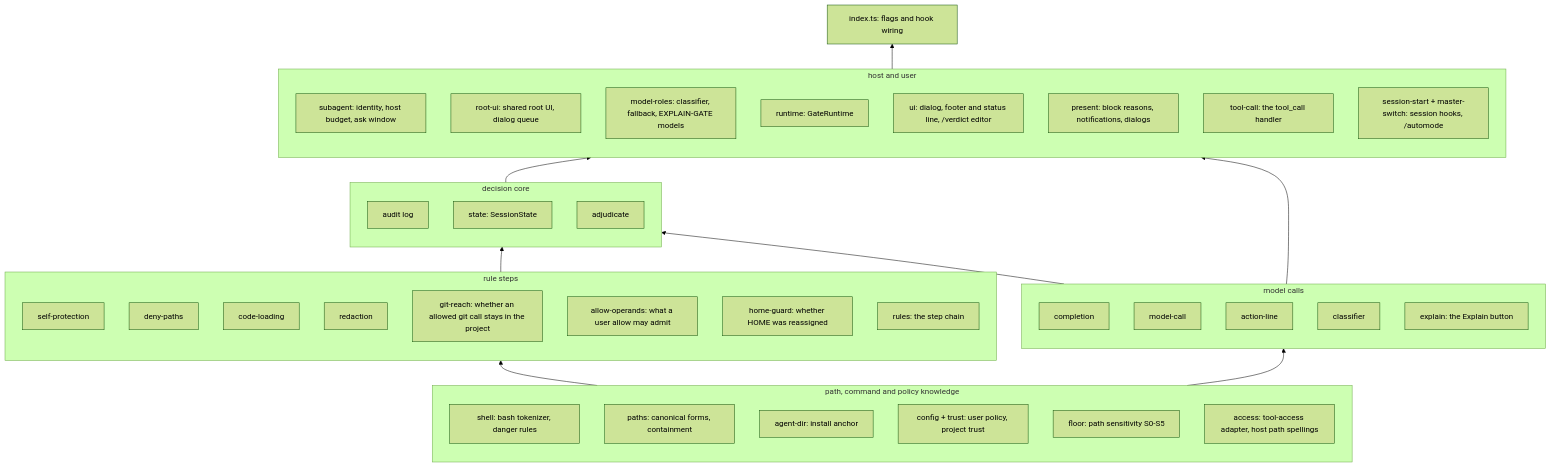
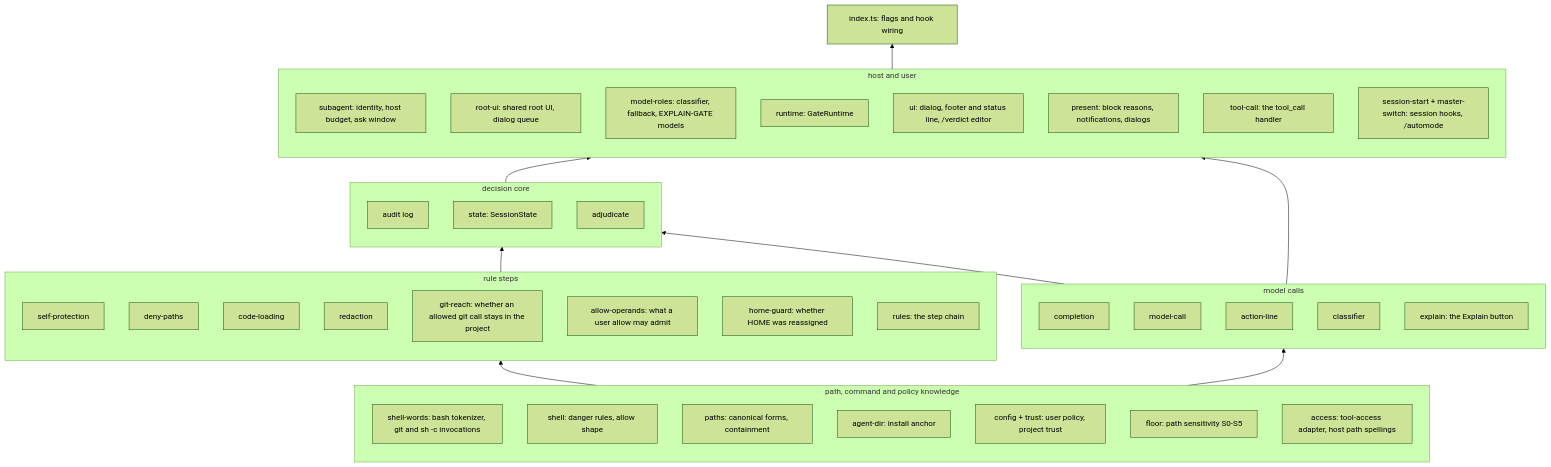
The fifth of 5 diagrams in docs/architecture.md (jonatsu/pi-verdict), drawn with Mermaid (forest theme) before and after one commit. The commit also changed other lines of this file and 6 other files, not shown here.

First line of the commit message:
refactor(shell): extract the shell-word view into shell-words.ts

````diff
--- a/docs/architecture.md
+++ b/docs/architecture.md
@@ -212,51 +212,52 @@
 ```mermaid
 flowchart BT
   subgraph knowledge [path, command and policy knowledge]
-    shell[shell: bash tokenizer, danger rules]
+    shellwords[shell-words: bash tokenizer, git and sh -c invocations]
+    shell[shell: danger rules, allow shape]
     paths[paths: canonical forms, containment]
     agentdir[agent-dir: install anchor]
     config[config + trust: user policy, project trust]
     floor[floor: path sensitivity S0-S5]
     access[access: tool-access adapter, host path spellings]
   end
   subgraph layers [rule steps]
     self[self-protection]
     denyp[deny-paths]
     codeload[code-loading]
     redaction[redaction]
     gitreach[git-reach: whether an allowed git call stays in the project]
     allowops[allow-operands: what a user allow may admit]
     homeguard[home-guard: whether HOME was reassigned]
     rules[rules: the step chain]
   end
   subgraph model [model calls]
     completion[completion]
     modelcall[model-call]
     actionline[action-line]
     classifier[classifier]
     explain[explain: the Explain button]
   end
   subgraph core [decision core]
     audit[audit log]
     state[state: SessionState]
     adjudicate[adjudicate]
   end
   subgraph host [host and user]
     subagent[subagent: identity, host budget, ask window]
     rootui[root-ui: shared root UI, dialog queue]
     roles[model-roles: classifier, fallback, EXPLAIN-GATE models]
     runtime[runtime: GateRuntime]
     ui[ui: dialog, footer and status line, /verdict editor]
     present[present: block reasons, notifications, dialogs]
     toolcall[tool-call: the tool_call handler]
     session[session-start + master-switch: session hooks, /automode]
   end
   index[index.ts: flags and hook wiring]
   knowledge --> layers
   knowledge --> model
   layers --> core
   model --> core
   core --> host
   model --> host
   host --> index
 ```
````
